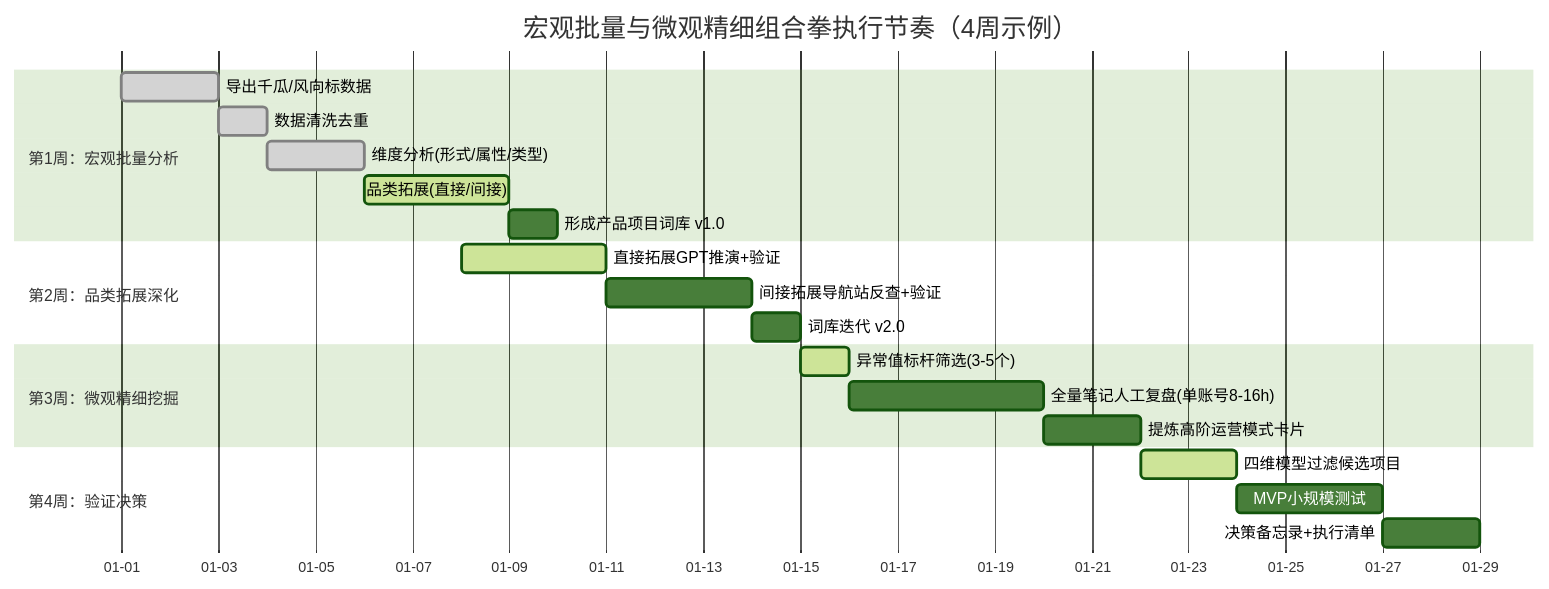
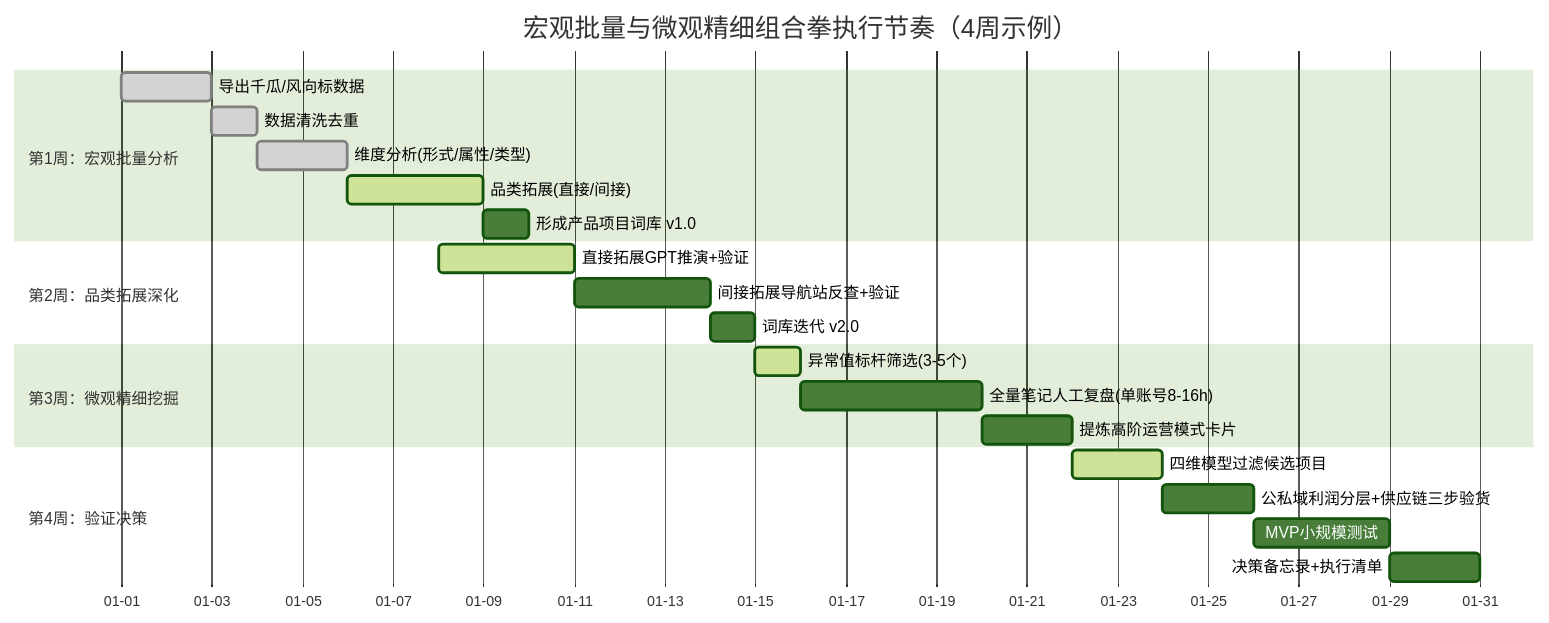
Before and after one commit to OpenDocCN1/flygon-zhuanqian-zhoubao: diagram 12 of 13 in docs/202303_paper2textbook/chapter_036.md, drawn with Mermaid (forest theme). The commit also changed other lines of this file and 2 other files, not shown here.

````diff
--- a/docs/202303_paper2textbook/chapter_036.md
+++ b/docs/202303_paper2textbook/chapter_036.md
@@ -757,28 +800,29 @@
 ```mermaid
 gantt
     title 宏观批量与微观精细组合拳执行节奏（4周示例）
     dateFormat  YYYY-MM-DD
     axisFormat  %m-%d
     
     section 第1周：宏观批量分析
     导出千瓜/风向标数据          :done, des1, 2024-01-01, 2d
     数据清洗去重                    :done, des2, after des1, 1d
     维度分析(形式/属性/类型)        :done, des3, after des2, 2d
     品类拓展(直接/间接)             :active, des4, after des3, 3d
     形成产品项目词库 v1.0           :des5, after des4, 1d
     
     section 第2周：品类拓展深化
     直接拓展GPT推演+验证            :active, des6, 2024-01-08, 3d
     间接拓展导航站反查+验证         :des7, after des6, 3d
     词库迭代 v2.0                   :des8, after des7, 1d
     
     section 第3周：微观精细挖掘
     异常值标杆筛选(3-5个)           :active, des9, 2024-01-15, 1d
     全量笔记人工复盘(单账号8-16h)   :des10, after des9, 4d
     提炼高阶运营模式卡片            :des11, after des10, 2d
     
     section 第4周：验证决策
     四维模型过滤候选项目            :active, des12, 2024-01-22, 2d
-    MVP小规模测试                   :des13, after des12, 3d
-    决策备忘录+执行清单             :des14, after des13, 2d
+    公私域利润分层+供应链三步验货   :des13, after des12, 2d
+    MVP小规模测试                   :des14, after des13, 3d
+    决策备忘录+执行清单             :des15, after des14, 2d
 ```
````
